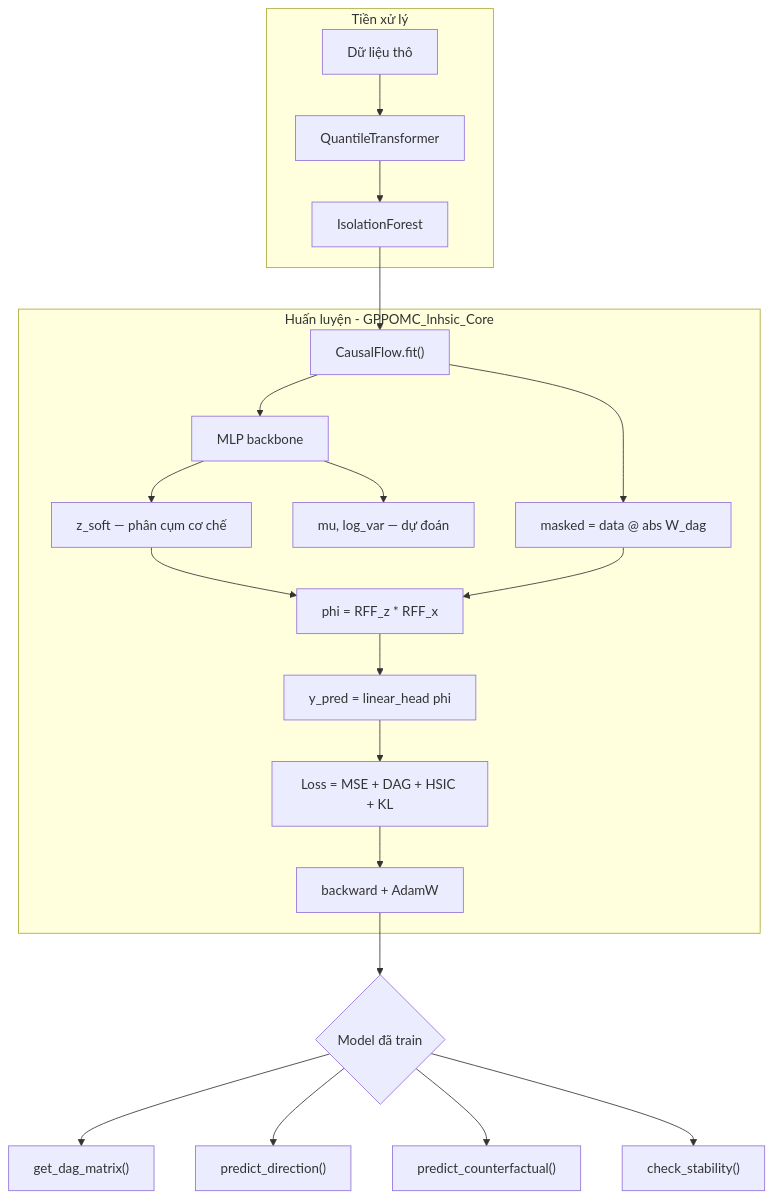
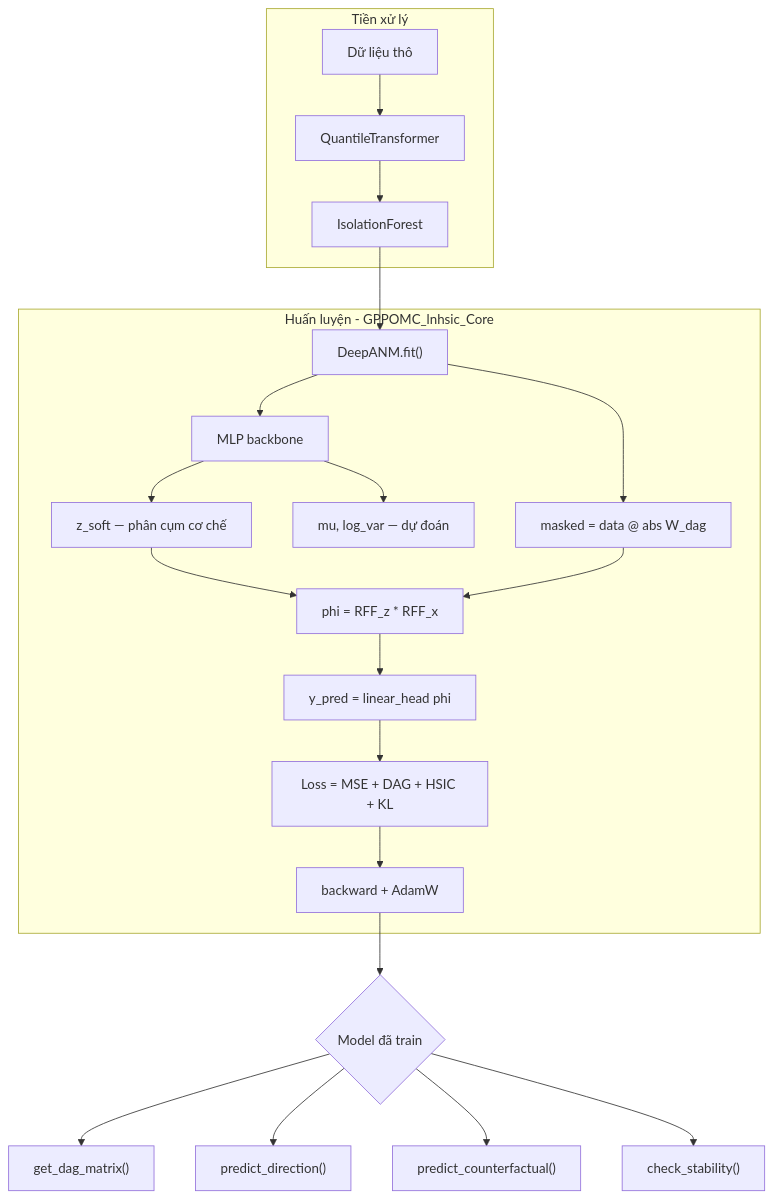
The first of 9 diagrams in ARCH.md (manhthai1706/DeepANM), drawn with Mermaid before and after one commit. The commit also changed other lines of this file and 18 other files, not shown here.

Commit message:
refactor: rename CausalFlow → DeepANM (package, class, imports, docs)

````diff
--- a/ARCH.md
+++ b/ARCH.md
@@ -9,28 +9,28 @@
 ```mermaid
 graph TD
     subgraph PP ["Tiền xử lý"]
         A[Dữ liệu thô] --> B[QuantileTransformer]
         B --> C[IsolationForest]
     end
 
-    C --> D["CausalFlow.fit()"]
+    C --> D["DeepANM.fit()"]
 
     subgraph TRAIN ["Huấn luyện - GPPOMC_lnhsic_Core"]
         D --> E[MLP backbone]
         E --> F["z_soft — phân cụm cơ chế"]
         E --> G["mu, log_var — dự đoán"]
         D --> H["masked = data @ abs W_dag"]
         F --> I["phi = RFF_z * RFF_x"]
         H --> I
         I --> J["y_pred = linear_head phi"]
         J --> K["Loss = MSE + DAG + HSIC + KL"]
         K --> L["backward + AdamW"]
     end
 
     L --> M{Model đã train}
 
     M --> N["get_dag_matrix()"]
     M --> O["predict_direction()"]
     M --> P["predict_counterfactual()"]
     M --> Q["check_stability()"]
 ```
````
